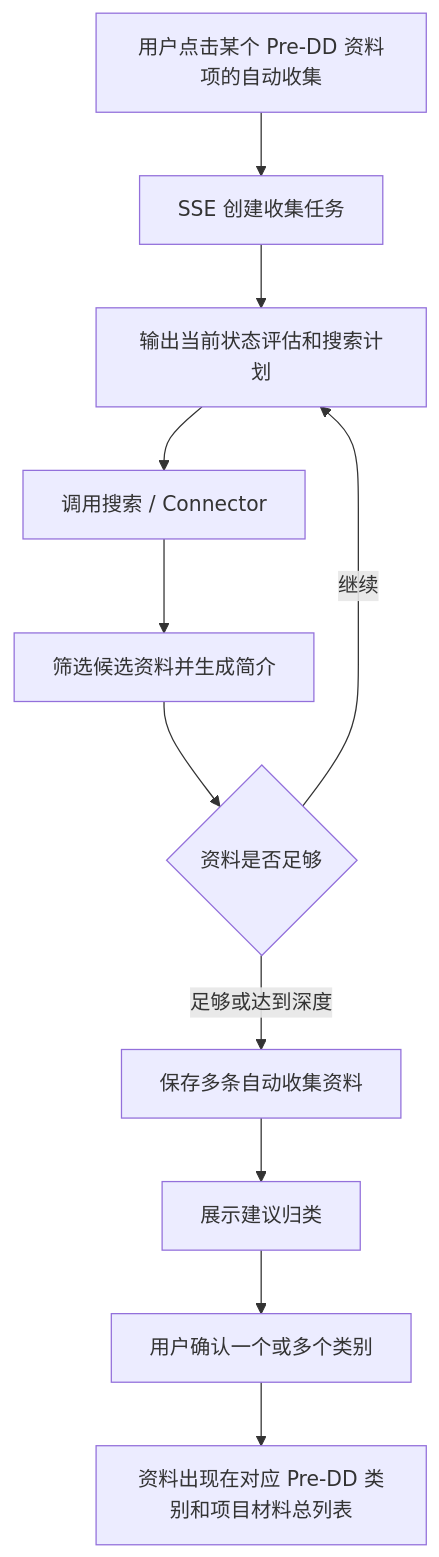
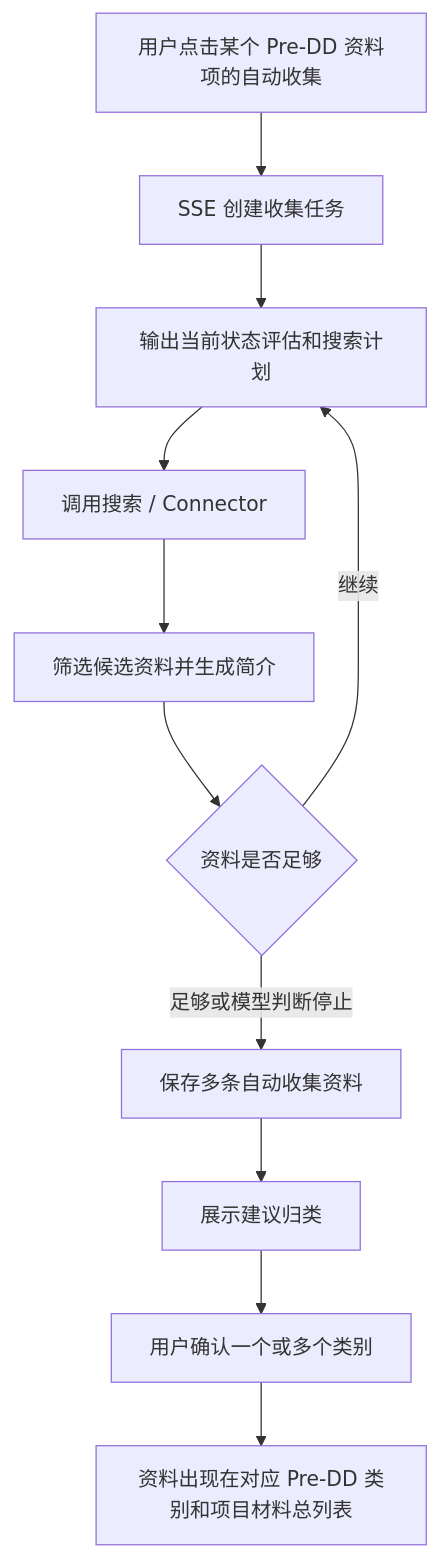
The ninth of 9 diagrams in README.md (taoshi1999/AtomCAP), drawn with Mermaid before and after one commit. The commit also changed other lines of this file and 24 other files, not shown here.

````diff
--- a/README.md
+++ b/README.md
@@ -419,13 +456,13 @@
 ```mermaid
 flowchart TD
   A["用户点击某个 Pre-DD 资料项的自动收集"] --> B["SSE 创建收集任务"]
   B --> C["输出当前状态评估和搜索计划"]
   C --> D["调用搜索 / Connector"]
   D --> E["筛选候选资料并生成简介"]
   E --> F{"资料是否足够"}
   F -- "继续" --> C
-  F -- "足够或达到深度" --> G["保存多条自动收集资料"]
+  F -- "足够或模型判断停止" --> G["保存多条自动收集资料"]
   G --> H["展示建议归类"]
   H --> I["用户确认一个或多个类别"]
   I --> J["资料出现在对应 Pre-DD 类别和项目材料总列表"]
 ```
````
